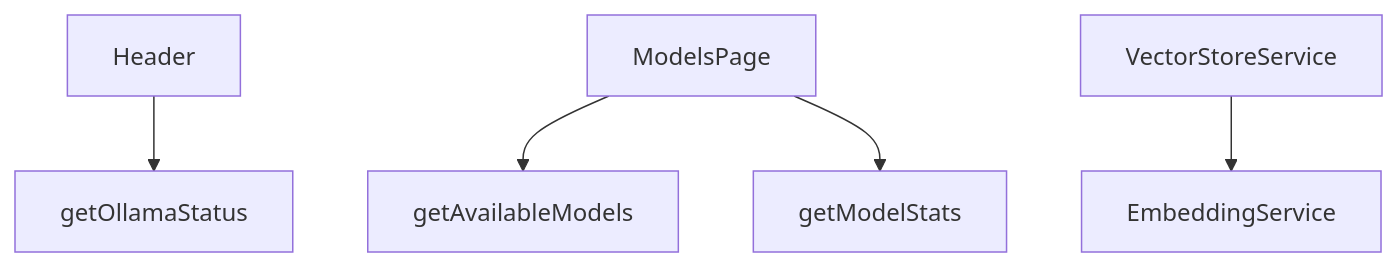
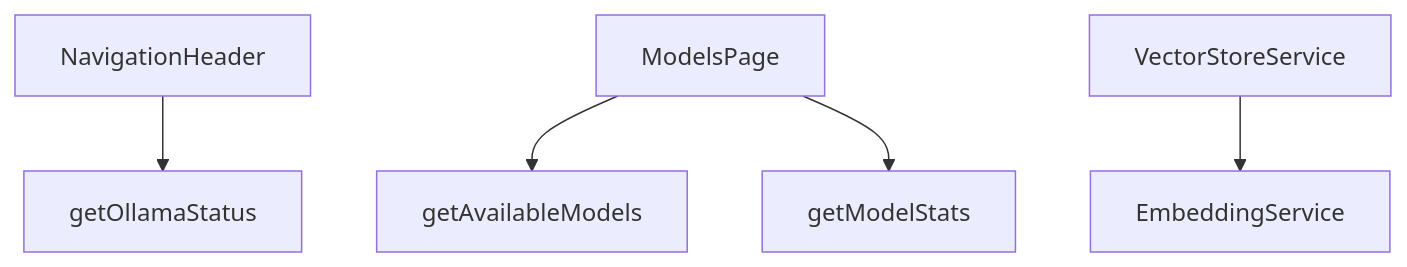
One commit to Cstannahill/ollama-web changed the first of 2 diagrams in docs/performance/overview.md. Above: the diagram before and after it, drawn with Mermaid. The commit also changed other lines of this file and 2 other files, not shown here.

Commit message:
remove old header component and fix layout

````diff
--- a/docs/performance/overview.md
+++ b/docs/performance/overview.md
@@ -26,7 +26,7 @@
 ```mermaid
 flowchart TD
-    Header --> getOllamaStatus
+    NavigationHeader --> getOllamaStatus
     ModelsPage --> getAvailableModels
     ModelsPage --> getModelStats
     VectorStoreService --> EmbeddingService
 ```
````
